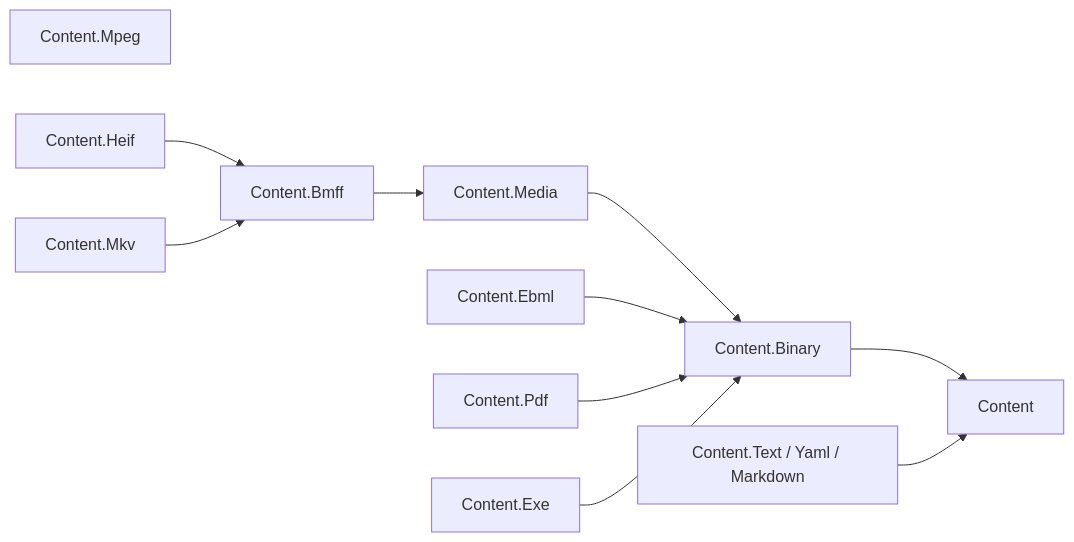
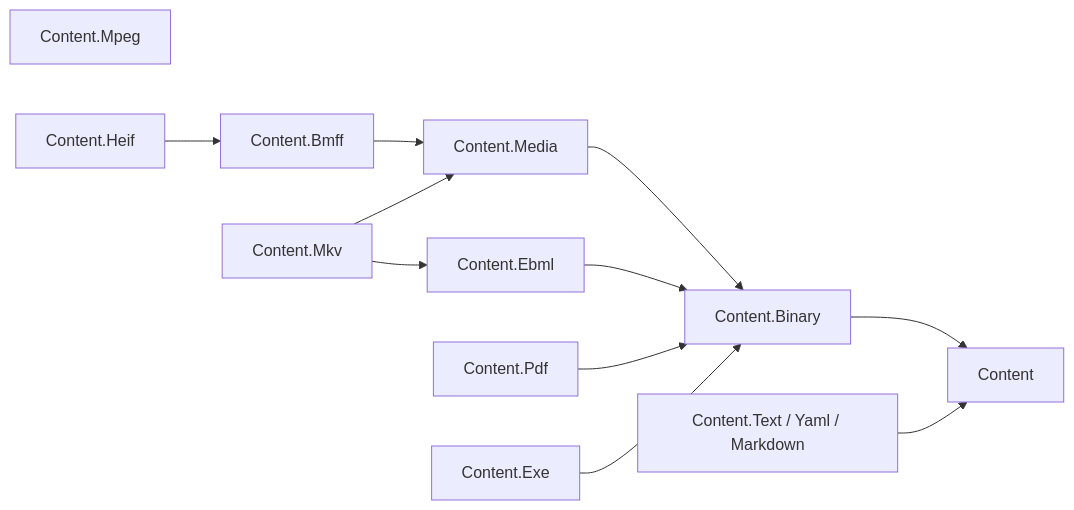
Before and after one commit to assimalign/cohesion: the diagram in libraries/Content/README.md, drawn with Mermaid. The commit also changed other lines of this file and 6 other files, not shown here.

````diff
--- a/libraries/Content/README.md
+++ b/libraries/Content/README.md
@@ -13,23 +13,24 @@
 ```mermaid
 flowchart LR
     Root["Content"]
     Binary["Content.Binary"]
     Text["Content.Text / Yaml / Markdown"]
     Media["Content.Media"]
     Bmff["Content.Bmff"]
     Mpeg["Content.Mpeg"]
     Heif["Content.Heif"]
     Ebml["Content.Ebml"]
     Mkv["Content.Mkv"]
     Pdf["Content.Pdf"]
     Exe["Content.Exe"]
     Binary --> Root
     Text --> Root
     Media --> Binary
     Bmff --> Media
     Heif --> Bmff
     Ebml --> Binary
     Pdf --> Binary
     Exe --> Binary
-    Mkv --> Bmff
+    Mkv --> Ebml
+    Mkv --> Media
 ```
````
